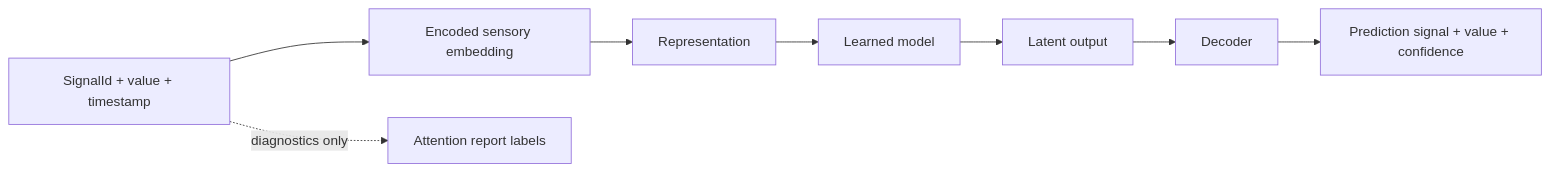
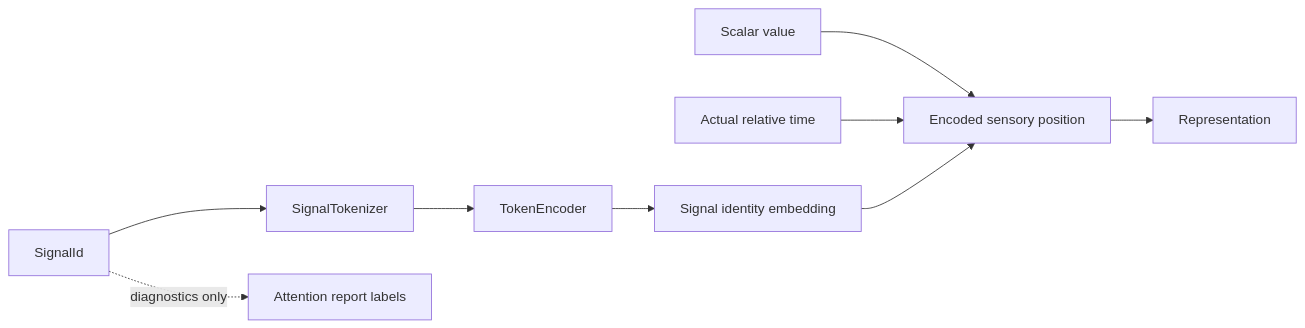
One commit to skasti/skyn-vaettr changed the second of 6 diagrams in docs/expectations.md. Above: the diagram before and after it, drawn with Mermaid. The commit also changed other lines of this file, not shown here.

Commit message:
docs: align prediction pipeline with implementation

````diff
--- a/docs/expectations.md
+++ b/docs/expectations.md
@@ -30,11 +39,14 @@
 ```mermaid
 flowchart LR
-    I[SignalId + value + timestamp] --> E[Encoded sensory embedding]
+    ID[SignalId]
+    --> TOK[SignalTokenizer]
+    --> TE[TokenEncoder]
+    --> SI[Signal identity embedding]
+
+    V[Scalar value] --> E[Encoded sensory position]
+    RT[Actual relative time] --> E
+    SI --> E
     E --> R[Representation]
-    R --> M[Learned model]
-    M --> O[Latent output]
-    O --> D[Decoder]
-    D --> P[Prediction signal + value + confidence]
 
-    I -. diagnostics only .-> H[Attention report labels]
+    ID -. diagnostics only .-> H[Attention report labels]
 ```
````
